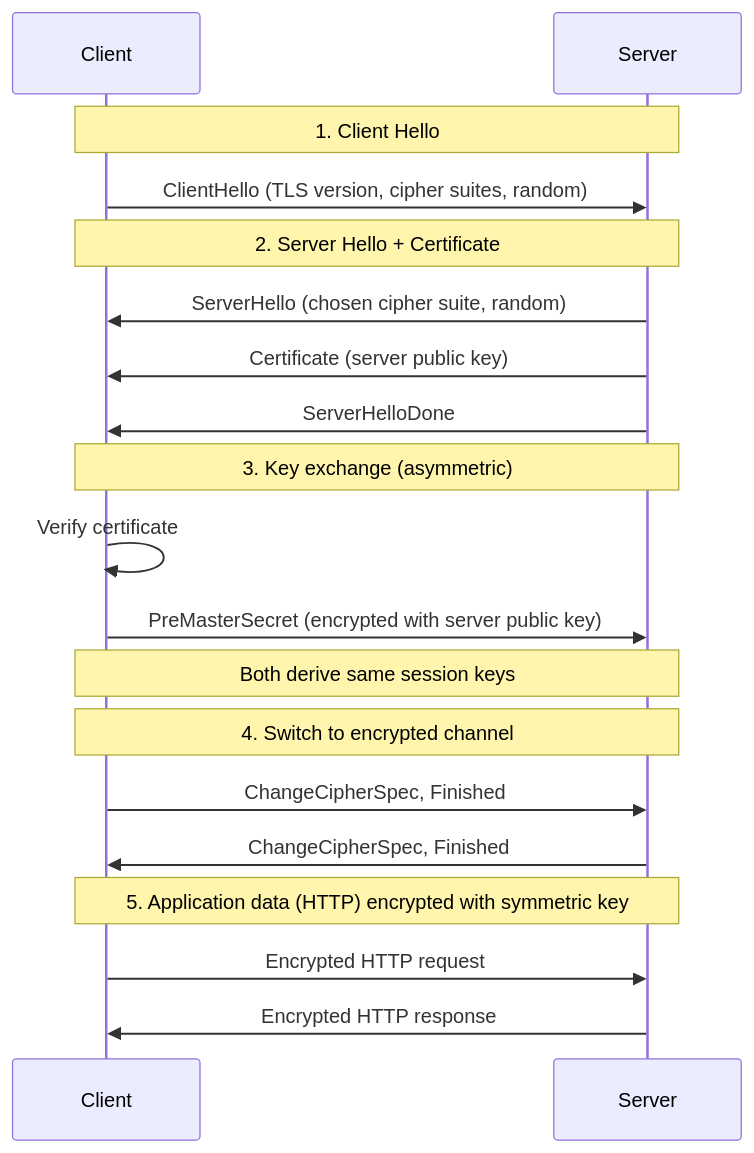
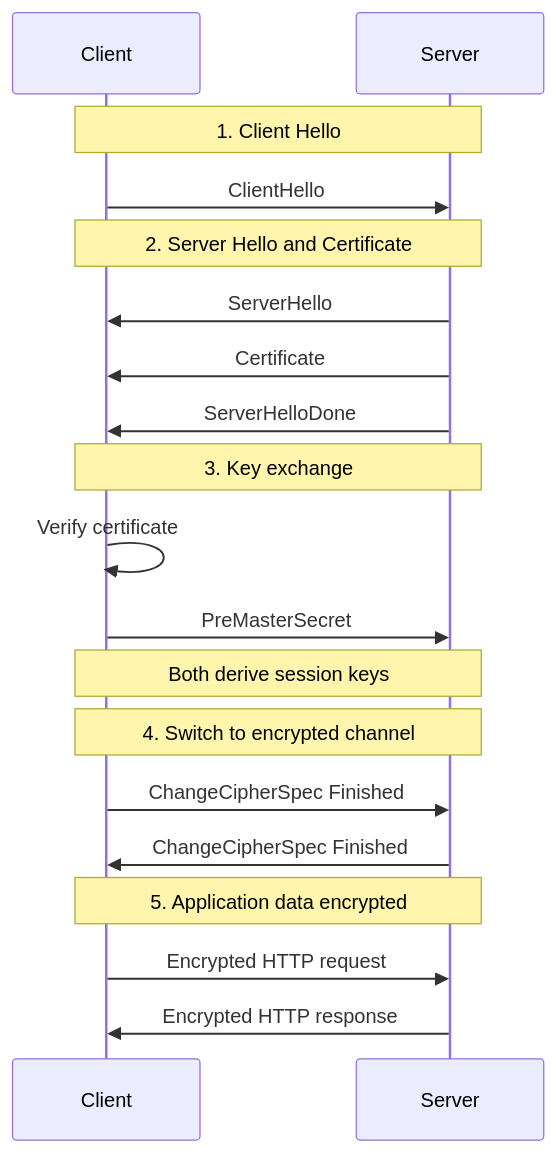
The fifth of 19 diagrams in ASP.NET-Core-Network-HTTP-Guide.md (sridharpolepalli/dotnet-learn), drawn with Mermaid before and after one commit. The commit also changed other lines of this file and 1 other file, not shown here.

Commit message:
fixing the mermaid issues

````diff
--- a/ASP.NET-Core-Network-HTTP-Guide.md
+++ b/ASP.NET-Core-Network-HTTP-Guide.md
@@ -306,26 +306,26 @@
 ```mermaid
 sequenceDiagram
     participant C as Client
     participant S as Server
 
     Note over C,S: 1. Client Hello
-    C->>S: ClientHello (TLS version, cipher suites, random)
+    C->>S: ClientHello
 
-    Note over C,S: 2. Server Hello + Certificate
-    S->>C: ServerHello (chosen cipher suite, random)
-    S->>C: Certificate (server public key)
+    Note over C,S: 2. Server Hello and Certificate
+    S->>C: ServerHello
+    S->>C: Certificate
     S->>C: ServerHelloDone
 
-    Note over C,S: 3. Key exchange (asymmetric)
+    Note over C,S: 3. Key exchange
     C->>C: Verify certificate
-    C->>S: PreMasterSecret (encrypted with server public key)
-    Note over C,S: Both derive same session keys
+    C->>S: PreMasterSecret
+    Note over C,S: Both derive session keys
 
     Note over C,S: 4. Switch to encrypted channel
-    C->>S: ChangeCipherSpec, Finished
-    S->>C: ChangeCipherSpec, Finished
+    C->>S: ChangeCipherSpec Finished
+    S->>C: ChangeCipherSpec Finished
 
-    Note over C,S: 5. Application data (HTTP) encrypted with symmetric key
+    Note over C,S: 5. Application data encrypted
     C->>S: Encrypted HTTP request
     S->>C: Encrypted HTTP response
 ```
````
